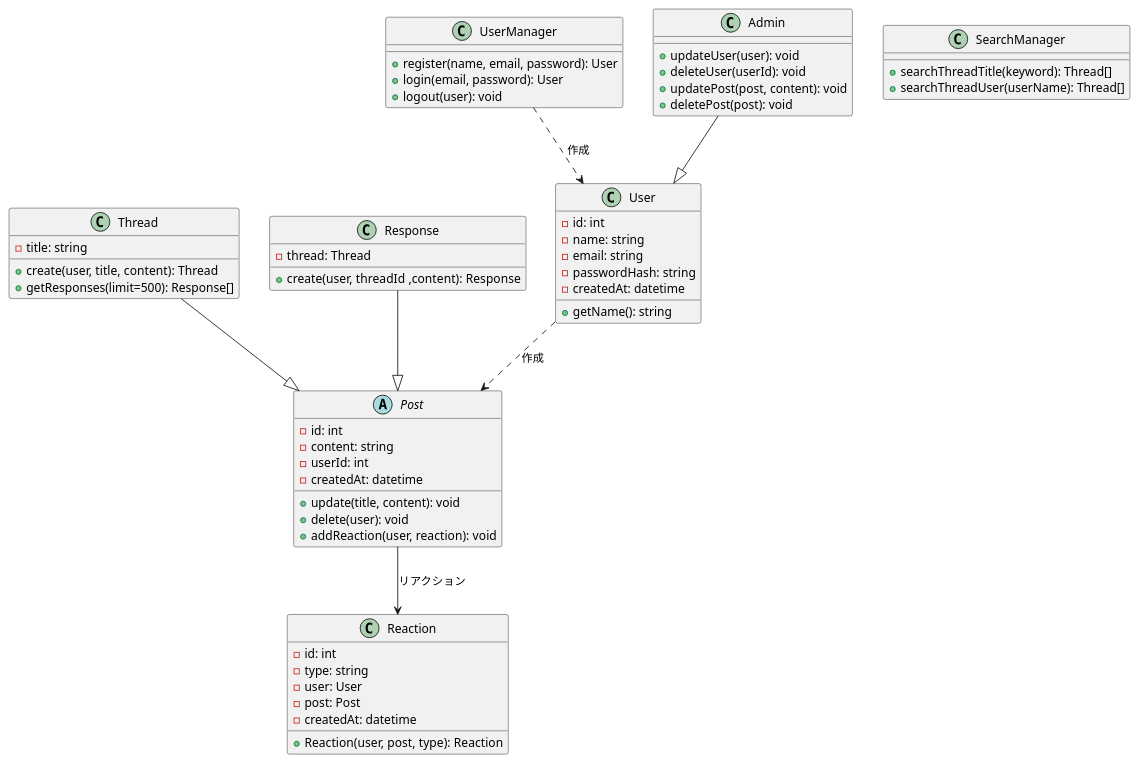
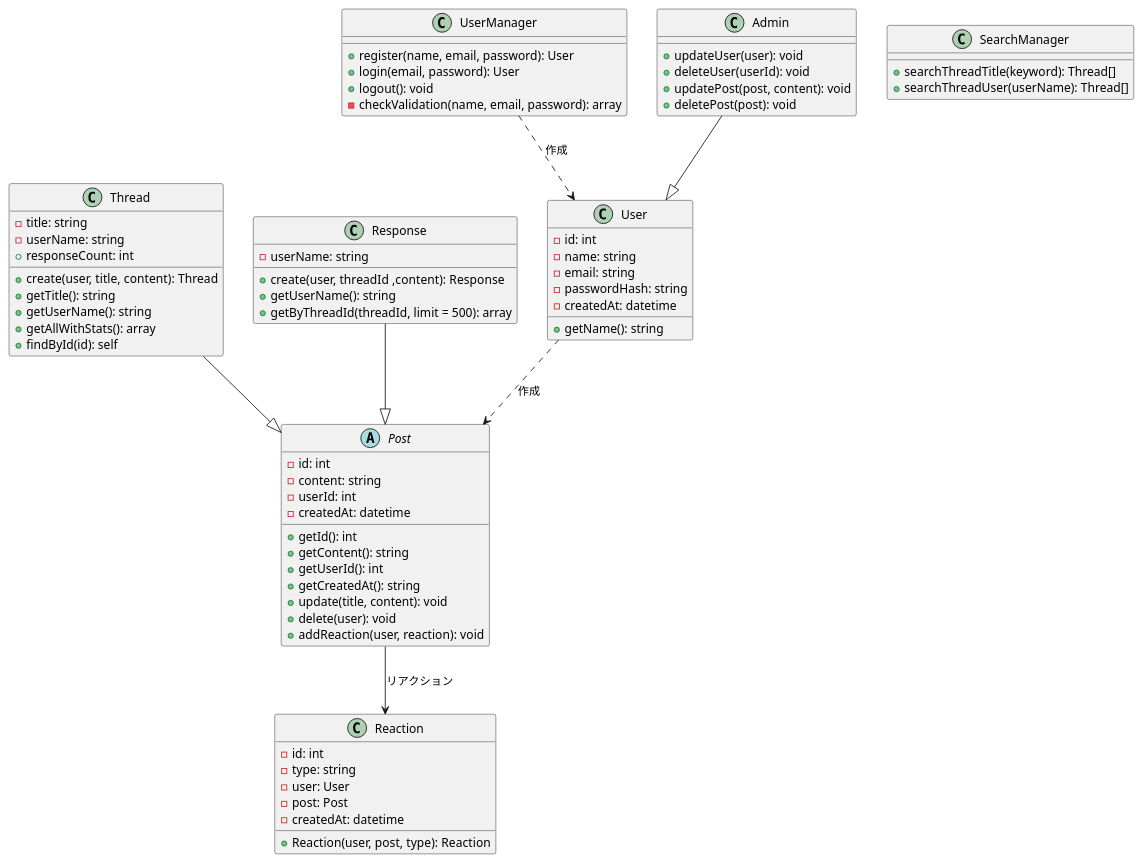
One commit to nanotech-soya-kousuke/bbs-app changed the diagram in docs/設計/diagrams/class.puml. Above: the diagram before and after it, drawn with PlantUML. The commit also changed 4 other files, not shown here.

```diff
--- a/docs/設計/diagrams/class.puml
+++ b/docs/設計/diagrams/class.puml
@@ -1,66 +1,78 @@
 @startuml
 
 class User {
   - id: int
   - name: string
   - email: string
   - passwordHash: string
   - createdAt: datetime
   + getName(): string
 }
 
 class UserManager{
   + register(name, email, password): User
   + login(email, password): User
-  + logout(user): void
+  + logout(): void
+  - checkValidation(name, email, password): array
 }
 
 class SearchManager{
   + searchThreadTitle(keyword): Thread[]
   + searchThreadUser(userName): Thread[]
 }
 
 abstract class Post {
   - id: int
   - content: string
   - userId: int
   - createdAt: datetime
+  + getId(): int
+  + getContent(): string
+  + getUserId(): int
+  + getCreatedAt(): string
   + update(title, content): void
   + delete(user): void
   + addReaction(user, reaction): void
 }
 
 class Thread {
   - title: string
+  - userName: string
+  + responseCount: int
   + create(user, title, content): Thread
-  + getResponses(limit=500): Response[]
+  + getTitle(): string
+  + getUserName(): string
+  + getAllWithStats(): array
+  + findById(id): self
 }
 
 class Response {
-  - thread: Thread
+  - userName: string
   + create(user, threadId ,content): Response
+  + getUserName(): string
+  + getByThreadId(threadId, limit = 500): array
 }
 
 class Admin {
   + updateUser(user): void
   + deleteUser(userId): void
   + updatePost(post, content): void
   + deletePost(post): void
 }
 
 class Reaction {
   - id: int
   - type: string
   - user: User
   - post: Post
   - createdAt: datetime
   + Reaction(user, post, type): Reaction
 }
 
 User ..> Post : 作成
 Post --> Reaction : リアクション
 Thread --|> Post
 Response --|> Post
 Admin --|> User
 UserManager ..> User : 作成
 @enduml
```
